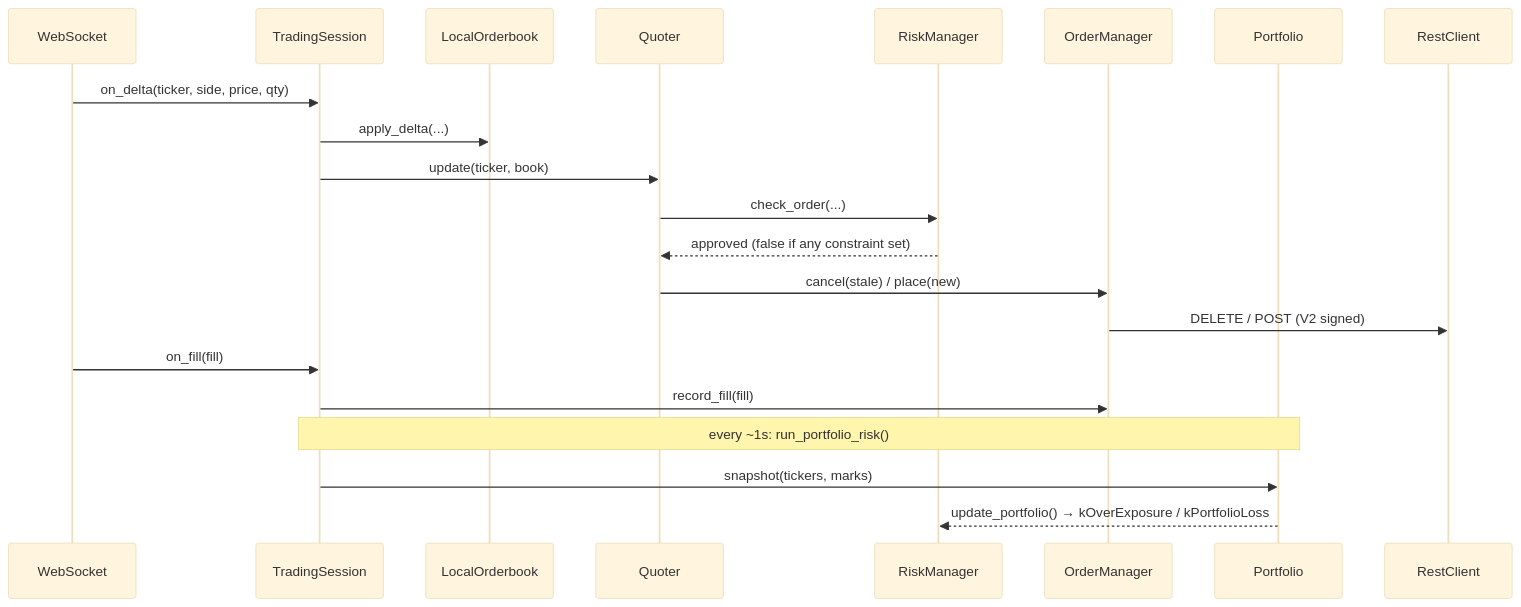
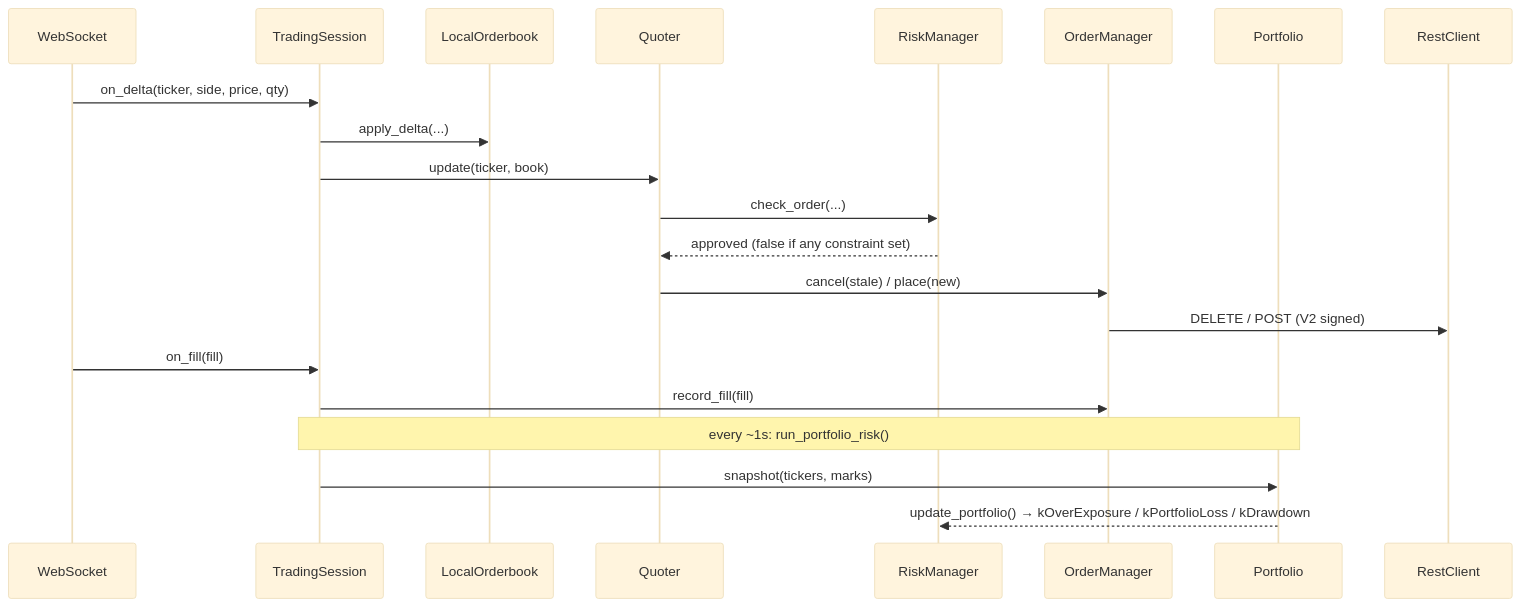
Before and after one commit to jfreun123/kalshi-market-maker: the diagram in docs/architecture.md, drawn with Mermaid (base theme). The commit also changed other lines of this file and 6 other files, not shown here.

Commit message:
docs: sync README, architecture, testing, dev-setup, api notes, ADR-003

````diff
--- a/docs/architecture.md
+++ b/docs/architecture.md
@@ -9,24 +9,24 @@
 ```mermaid
 sequenceDiagram
     participant WS as WebSocket
     participant SESS as TradingSession
     participant OB as LocalOrderbook
     participant QE as Quoter
     participant RM as RiskManager
     participant OM as OrderManager
     participant PF as Portfolio
     participant REST as RestClient
 
     WS->>SESS: on_delta(ticker, side, price, qty)
     SESS->>OB: apply_delta(...)
     SESS->>QE: update(ticker, book)
     QE->>RM: check_order(...)
     RM-->>QE: approved (false if any constraint set)
     QE->>OM: cancel(stale) / place(new)
     OM->>REST: DELETE / POST (V2 signed)
     WS->>SESS: on_fill(fill)
     SESS->>OM: record_fill(fill)
     Note over SESS,PF: every ~1s: run_portfolio_risk()
     SESS->>PF: snapshot(tickers, marks)
-    PF-->>RM: update_portfolio() → kOverExposure / kPortfolioLoss
+    PF-->>RM: update_portfolio() → kOverExposure / kPortfolioLoss / kDrawdown
 ```
````
